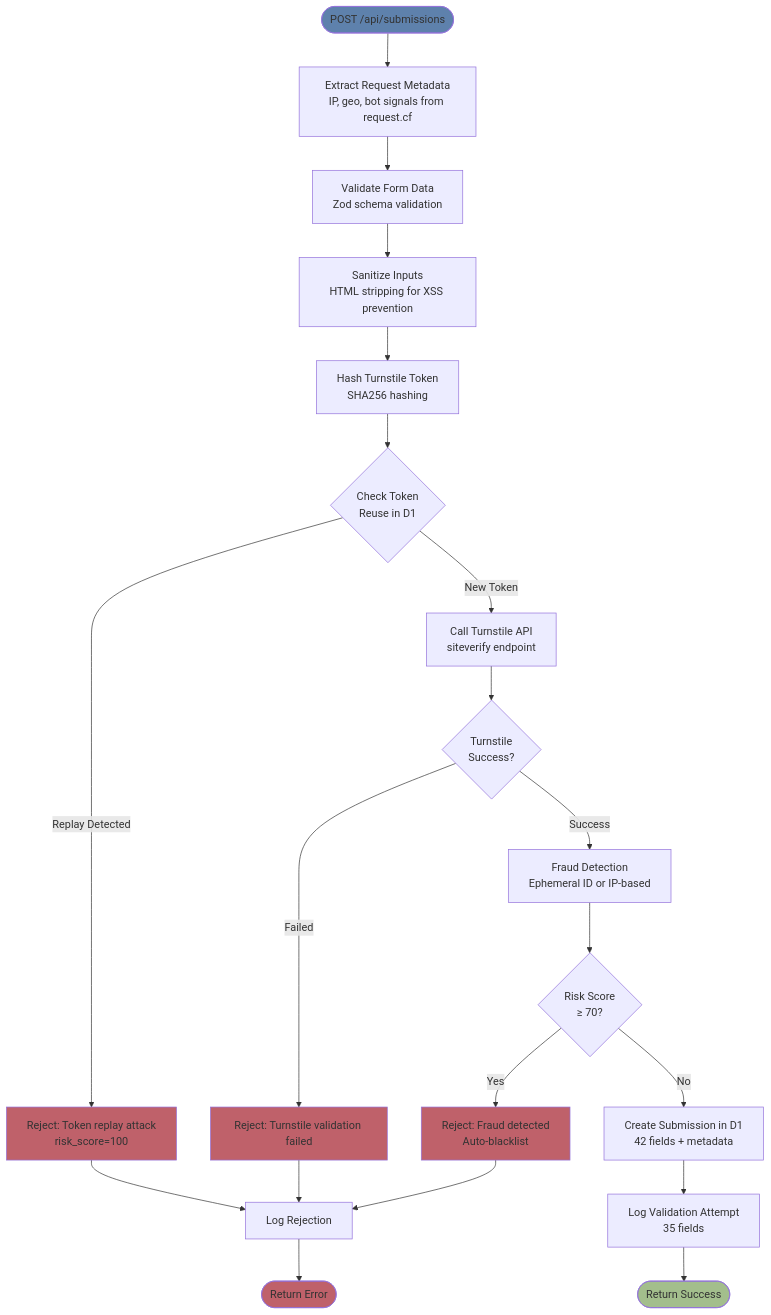
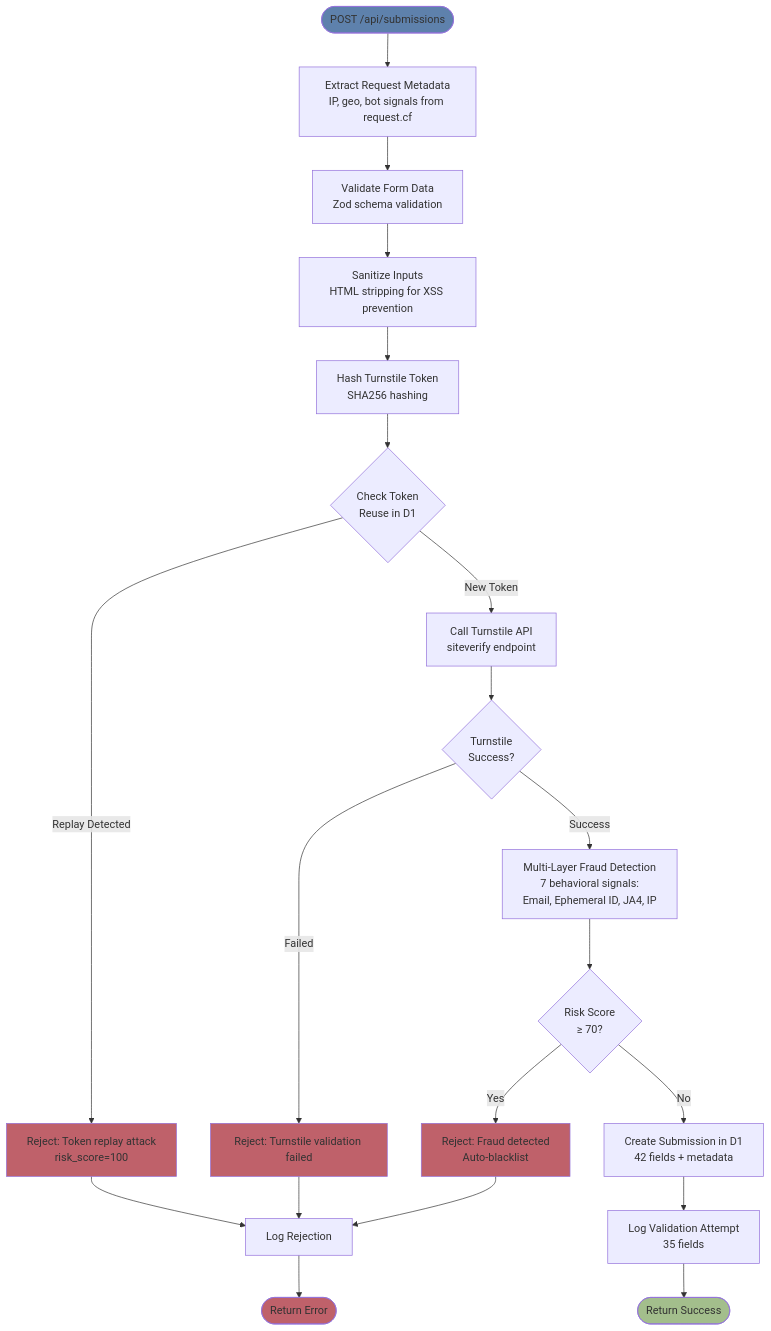
Before and after one commit to erfianugrah/turnstile-flow: the third of 6 diagrams in docs/ARCHITECTURE.md, drawn with Mermaid. The commit also changed other lines of this file and 14 other files, not shown here.

First line of the commit message:
feat: add IP rate limiting as Layer 0.5 behavioral signal

````diff
--- a/docs/ARCHITECTURE.md
+++ b/docs/ARCHITECTURE.md
@@ -160,34 +160,34 @@
 ```mermaid
 flowchart TD
     Start([POST /api/submissions]) --> Extract[Extract Request Metadata<br/>IP, geo, bot signals from request.cf]
     Extract --> Validate[Validate Form Data<br/>Zod schema validation]
     Validate --> Sanitize[Sanitize Inputs<br/>HTML stripping for XSS prevention]
     Sanitize --> Hash[Hash Turnstile Token<br/>SHA256 hashing]
     Hash --> CheckReuse{Check Token<br/>Reuse in D1}
 
     CheckReuse -->|Replay Detected| RejectReplay[Reject: Token replay attack<br/>risk_score=100]
     CheckReuse -->|New Token| CallTurnstile[Call Turnstile API<br/>siteverify endpoint]
 
     CallTurnstile --> TurnstileResult{Turnstile<br/>Success?}
     TurnstileResult -->|Failed| RejectTurnstile[Reject: Turnstile validation failed]
-    TurnstileResult -->|Success| FraudCheck[Fraud Detection<br/>Ephemeral ID or IP-based]
+    TurnstileResult -->|Success| FraudCheck[Multi-Layer Fraud Detection<br/>7 behavioral signals:<br/>Email, Ephemeral ID, JA4, IP]
 
     FraudCheck --> RiskScore{Risk Score<br/>≥ 70?}
     RiskScore -->|Yes| RejectFraud[Reject: Fraud detected<br/>Auto-blacklist]
     RiskScore -->|No| CreateSubmission[Create Submission in D1<br/>42 fields + metadata]
 
     CreateSubmission --> LogValidation[Log Validation Attempt<br/>35 fields]
     LogValidation --> Success([Return Success])
 
     RejectReplay --> LogRejection[Log Rejection]
     RejectTurnstile --> LogRejection
     RejectFraud --> LogRejection
     LogRejection --> Error([Return Error])
 
     style Start fill:#5e81ac
     style Success fill:#a3be8c
     style Error fill:#bf616a
     style RejectReplay fill:#bf616a
     style RejectTurnstile fill:#bf616a
     style RejectFraud fill:#bf616a
 ```
````
